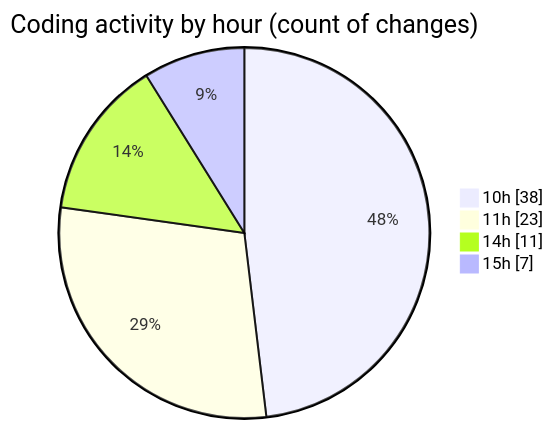
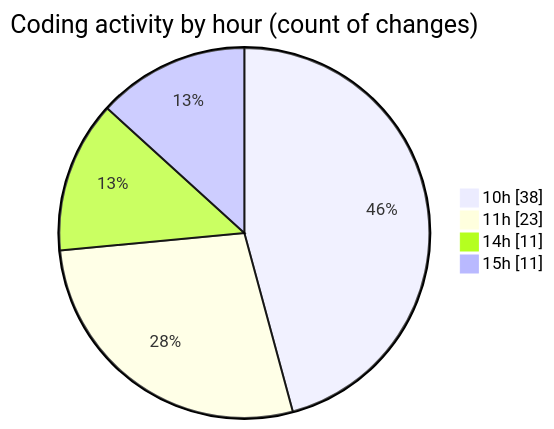
The second of 2 diagrams in 2026-03-10/nxtqube_webapp/README.md (nxtqubesakshisongat/code-tracking), drawn with Mermaid before and after one commit. The commit also changed other lines of this file and 1 other file, not shown here.

````diff
--- a/2026-03-10/nxtqube_webapp/README.md
+++ b/2026-03-10/nxtqube_webapp/README.md
@@ -38,8 +38,8 @@
 ```mermaid
 pie showData
 title Coding activity by hour (count of changes)
 "10h" : 38
 "11h" : 23
 "14h" : 11
-"15h" : 7
+"15h" : 11
 ```
````
